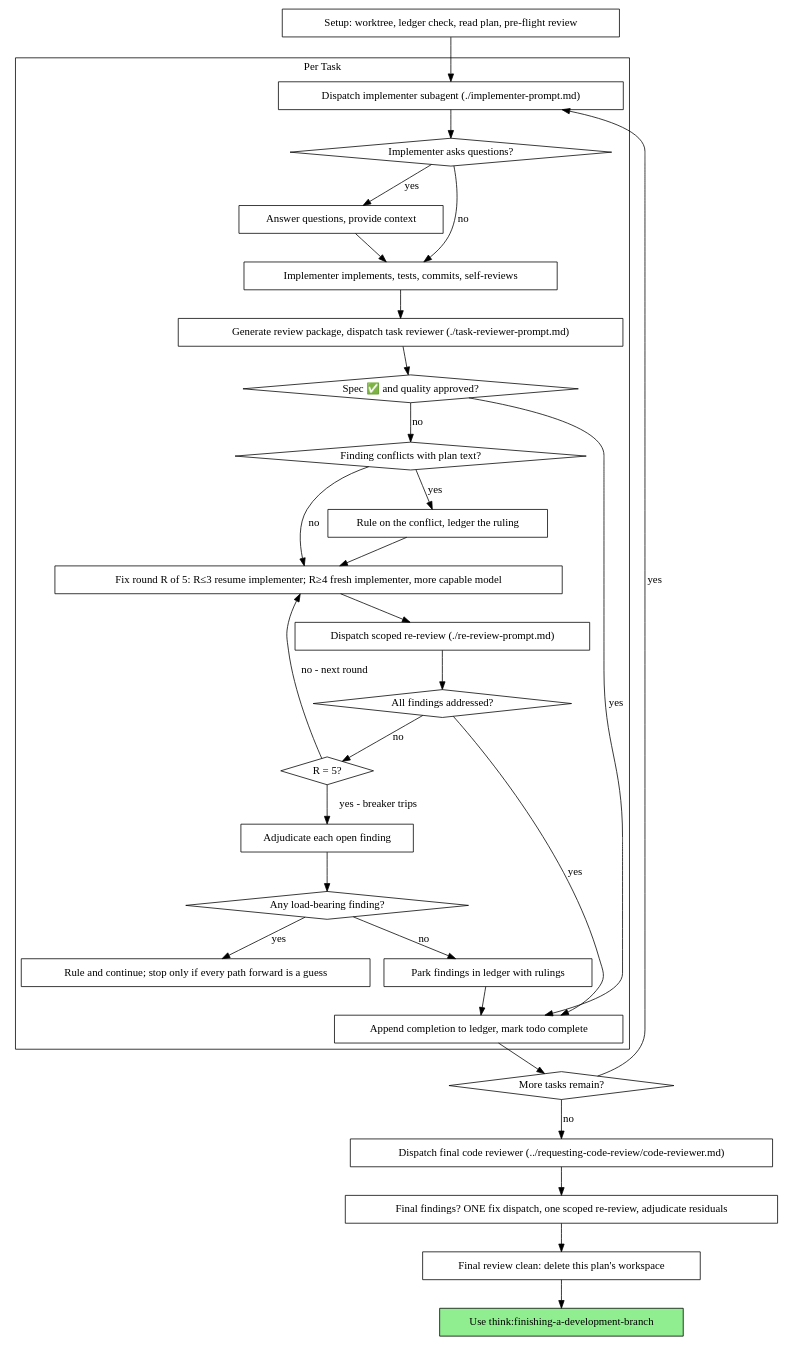
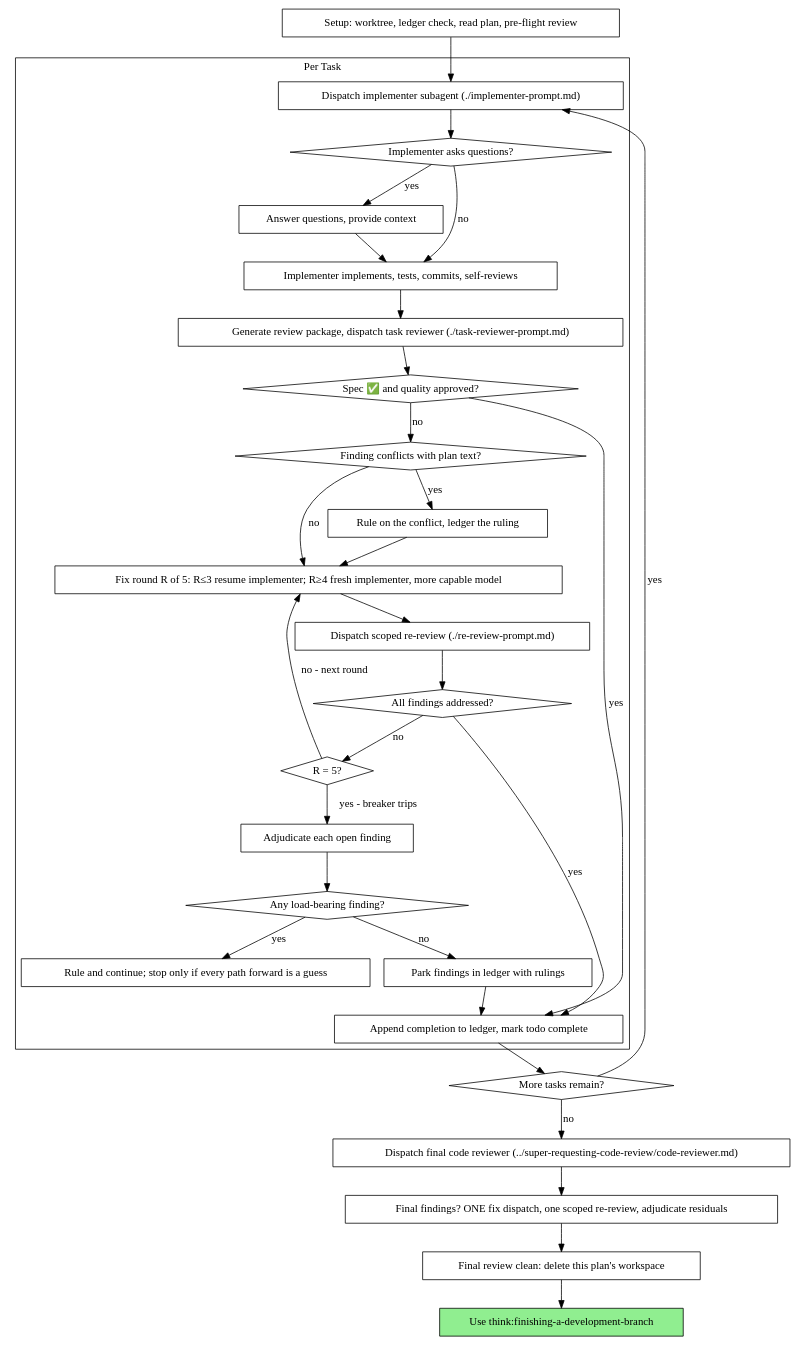
Before and after one commit to ehadziabdic/WAgents: the second of 2 diagrams in opencode/skills/think-delegate/SKILL.md, drawn with Graphviz. The commit also changed other lines of this file and 511 other files, not shown here.

````diff
--- a/opencode/skills/think-delegate/SKILL.md
+++ b/opencode/skills/think-delegate/SKILL.md
@@ -61,62 +61,62 @@
 ```dot
 digraph process {
     rankdir=TB;
 
     subgraph cluster_per_task {
         label="Per Task";
         "Dispatch implementer subagent (./implementer-prompt.md)" [shape=box];
         "Implementer asks questions?" [shape=diamond];
         "Answer questions, provide context" [shape=box];
         "Implementer implements, tests, commits, self-reviews" [shape=box];
         "Generate review package, dispatch task reviewer (./task-reviewer-prompt.md)" [shape=box];
         "Spec ✅ and quality approved?" [shape=diamond];
         "Finding conflicts with plan text?" [shape=diamond];
         "Rule on the conflict, ledger the ruling" [shape=box];
         "Fix round R of 5: R≤3 resume implementer; R≥4 fresh implementer, more capable model" [shape=box];
         "Dispatch scoped re-review (./re-review-prompt.md)" [shape=box];
         "All findings addressed?" [shape=diamond];
         "R = 5?" [shape=diamond];
         "Adjudicate each open finding" [shape=box];
         "Any load-bearing finding?" [shape=diamond];
         "Rule and continue; stop only if every path forward is a guess" [shape=box];
         "Park findings in ledger with rulings" [shape=box];
         "Append completion to ledger, mark todo complete" [shape=box];
     }
 
     "Setup: worktree, ledger check, read plan, pre-flight review" [shape=box];
     "More tasks remain?" [shape=diamond];
-    "Dispatch final code reviewer (../requesting-code-review/code-reviewer.md)" [shape=box];
+    "Dispatch final code reviewer (../super-requesting-code-review/code-reviewer.md)" [shape=box];
     "Final findings? ONE fix dispatch, one scoped re-review, adjudicate residuals" [shape=box];
     "Final review clean: delete this plan's workspace" [shape=box];
     "Use think:finishing-a-development-branch" [shape=box style=filled fillcolor=lightgreen];
 
     "Setup: worktree, ledger check, read plan, pre-flight review" -> "Dispatch implementer subagent (./implementer-prompt.md)";
     "Dispatch implementer subagent (./implementer-prompt.md)" -> "Implementer asks questions?";
     "Implementer asks questions?" -> "Answer questions, provide context" [label="yes"];
     "Answer questions, provide context" -> "Implementer implements, tests, commits, self-reviews";
     "Implementer asks questions?" -> "Implementer implements, tests, commits, self-reviews" [label="no"];
     "Implementer implements, tests, commits, self-reviews" -> "Generate review package, dispatch task reviewer (./task-reviewer-prompt.md)";
     "Generate review package, dispatch task reviewer (./task-reviewer-prompt.md)" -> "Spec ✅ and quality approved?";
     "Spec ✅ and quality approved?" -> "Append completion to ledger, mark todo complete" [label="yes"];
     "Spec ✅ and quality approved?" -> "Finding conflicts with plan text?" [label="no"];
     "Finding conflicts with plan text?" -> "Rule on the conflict, ledger the ruling" [label="yes"];
     "Rule on the conflict, ledger the ruling" -> "Fix round R of 5: R≤3 resume implementer; R≥4 fresh implementer, more capable model";
     "Finding conflicts with plan text?" -> "Fix round R of 5: R≤3 resume implementer; R≥4 fresh implementer, more capable model" [label="no"];
     "Fix round R of 5: R≤3 resume implementer; R≥4 fresh implementer, more capable model" -> "Dispatch scoped re-review (./re-review-prompt.md)";
     "Dispatch scoped re-review (./re-review-prompt.md)" -> "All findings addressed?";
     "All findings addressed?" -> "Append completion to ledger, mark todo complete" [label="yes"];
     "All findings addressed?" -> "R = 5?" [label="no"];
     "R = 5?" -> "Fix round R of 5: R≤3 resume implementer; R≥4 fresh implementer, more capable model" [label="no - next round"];
     "R = 5?" -> "Adjudicate each open finding" [label="yes - breaker trips"];
     "Adjudicate each open finding" -> "Any load-bearing finding?";
     "Any load-bearing finding?" -> "Rule and continue; stop only if every path forward is a guess" [label="yes"];
     "Any load-bearing finding?" -> "Park findings in ledger with rulings" [label="no"];
     "Park findings in ledger with rulings" -> "Append completion to ledger, mark todo complete";
     "Append completion to ledger, mark todo complete" -> "More tasks remain?";
     "More tasks remain?" -> "Dispatch implementer subagent (./implementer-prompt.md)" [label="yes"];
-    "More tasks remain?" -> "Dispatch final code reviewer (../requesting-code-review/code-reviewer.md)" [label="no"];
-    "Dispatch final code reviewer (../requesting-code-review/code-reviewer.md)" -> "Final findings? ONE fix dispatch, one scoped re-review, adjudicate residuals";
+    "More tasks remain?" -> "Dispatch final code reviewer (../super-requesting-code-review/code-reviewer.md)" [label="no"];
+    "Dispatch final code reviewer (../super-requesting-code-review/code-reviewer.md)" -> "Final findings? ONE fix dispatch, one scoped re-review, adjudicate residuals";
     "Final findings? ONE fix dispatch, one scoped re-review, adjudicate residuals" -> "Final review clean: delete this plan's workspace";
     "Final review clean: delete this plan's workspace" -> "Use think:finishing-a-development-branch";
 }
 ```
````
